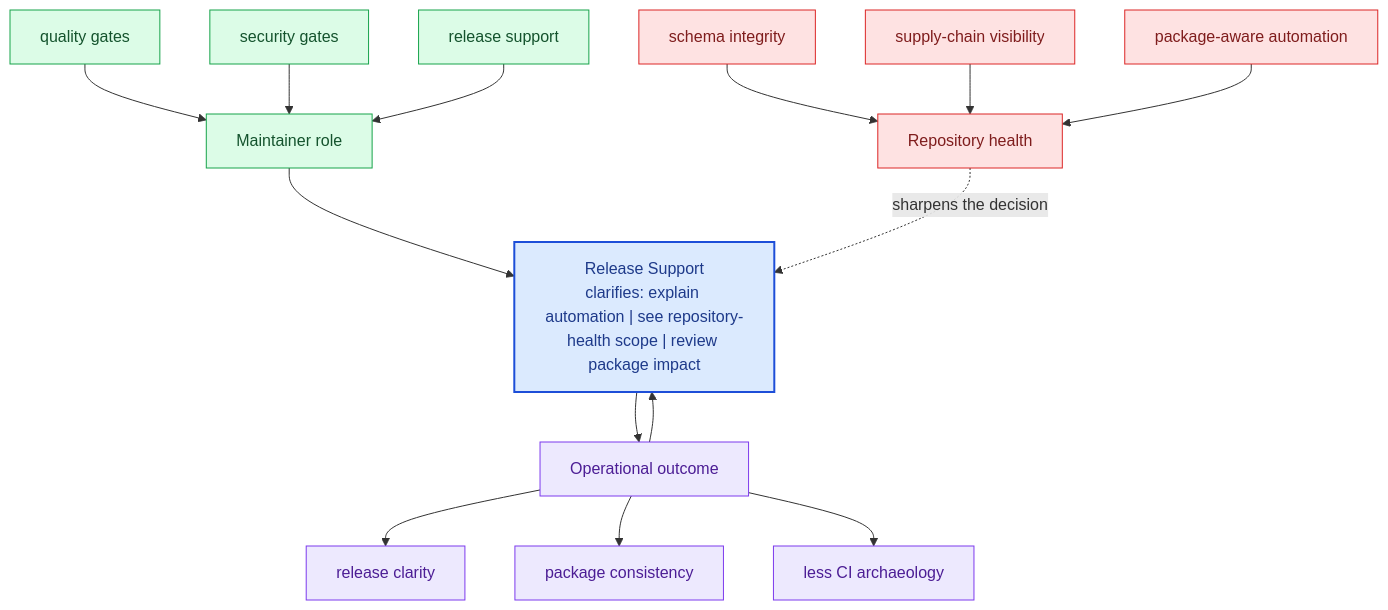
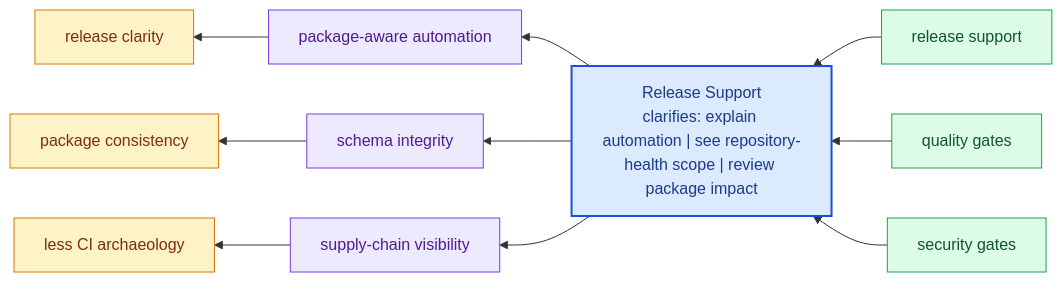
The diagram in docs/bijux-canon-dev/release-support.md (bijux/bijux-canon), drawn with Mermaid before and after one commit. The commit also changed other lines of this file and 281 other files, not shown here.

Commit message:
docs(diagrams): replace repeated mermaid scaffolds with page-specific summaries

````diff
--- a/docs/bijux-canon-dev/release-support.md
+++ b/docs/bijux-canon-dev/release-support.md
@@ -68,40 +23,31 @@
 ```mermaid
-flowchart TB
-    promise["Release Support<br/>clarifies: explain automation | see repository-health scope | review package impact"]
-    classDef promise fill:#dbeafe,stroke:#1d4ed8,color:#1e3a8a,stroke-width:2px;
-    classDef driver fill:#dcfce7,stroke:#16a34a,color:#14532d;
-    classDef constraint fill:#fee2e2,stroke:#dc2626,color:#7f1d1d;
-    classDef ground fill:#ede9fe,stroke:#7c3aed,color:#4c1d95;
-    focus1["Maintainer role"]
-    focus1 --> promise
-    focus1_1["quality gates"]
-    focus1_1 --> focus1
-    focus1_2["security gates"]
-    focus1_2 --> focus1
-    focus1_3["release support"]
-    focus1_3 --> focus1
-    class focus1 driver;
-    class focus1_1,focus1_2,focus1_3 driver;
-    focus2["Repository health"]
-    focus2 -.sharpens the decision.-> promise
-    focus2_1["schema integrity"]
-    focus2_1 --> focus2
-    focus2_2["supply-chain visibility"]
-    focus2_2 --> focus2
-    focus2_3["package-aware automation"]
-    focus2_3 --> focus2
-    class focus2 constraint;
-    class focus2_1,focus2_2,focus2_3 constraint;
-    focus3["Operational outcome"]
-    focus3 --> promise
-    promise --> focus3
-    focus3_1["release clarity"]
-    focus3 --> focus3_1
-    focus3_2["package consistency"]
-    focus3 --> focus3_2
-    focus3_3["less CI archaeology"]
-    focus3 --> focus3_3
-    class focus3 ground;
-    class focus3_1,focus3_2,focus3_3 ground;
-    class promise promise;
+flowchart RL
+    page["Release Support<br/>clarifies: explain automation | see repository-health scope | review package impact"]
+    classDef page fill:#dbeafe,stroke:#1d4ed8,color:#1e3a8a,stroke-width:2px;
+    classDef positive fill:#dcfce7,stroke:#16a34a,color:#14532d;
+    classDef caution fill:#fee2e2,stroke:#dc2626,color:#7f1d1d;
+    classDef anchor fill:#ede9fe,stroke:#7c3aed,color:#4c1d95;
+    classDef action fill:#fef3c7,stroke:#d97706,color:#7c2d12;
+    role1["release support"]
+    role1 --> page
+    role2["quality gates"]
+    role2 --> page
+    role3["security gates"]
+    role3 --> page
+    health1["package-aware automation"]
+    page --> health1
+    health2["schema integrity"]
+    page --> health2
+    health3["supply-chain visibility"]
+    page --> health3
+    outcome1["release clarity"]
+    health1 --> outcome1
+    outcome2["package consistency"]
+    health2 --> outcome2
+    outcome3["less CI archaeology"]
+    health3 --> outcome3
+    class page page;
+    class role1,role2,role3 positive;
+    class health1,health2,health3 anchor;
+    class outcome1,outcome2,outcome3 action;
 ```
````
